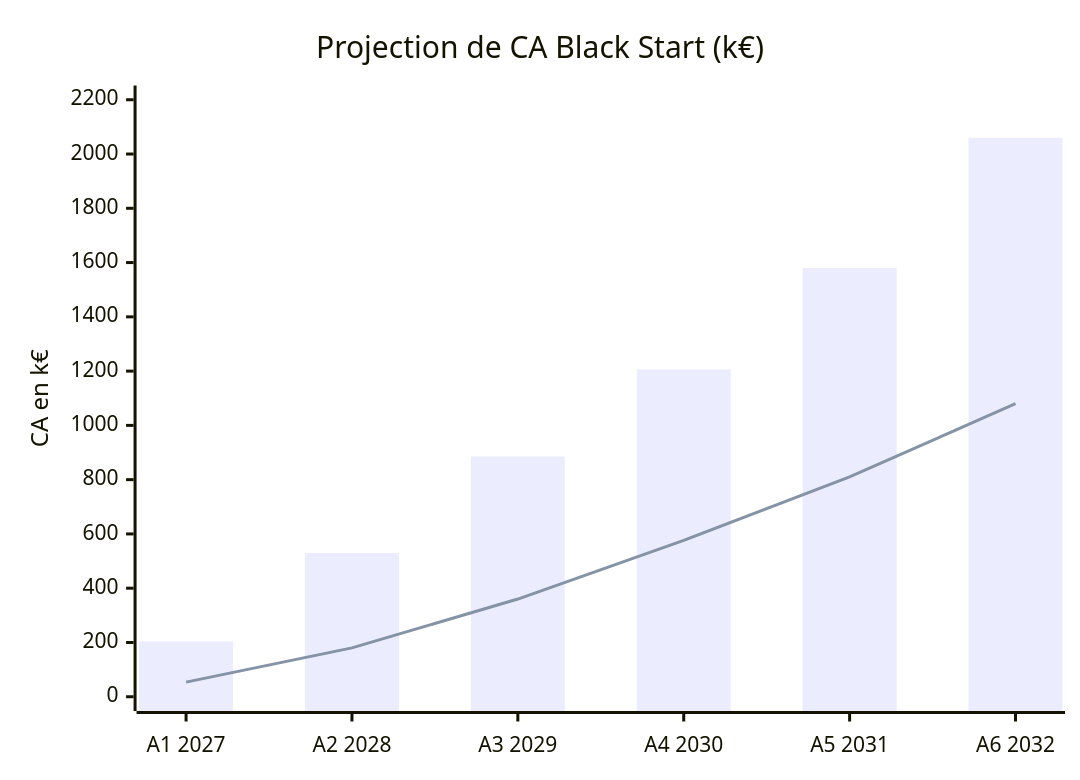
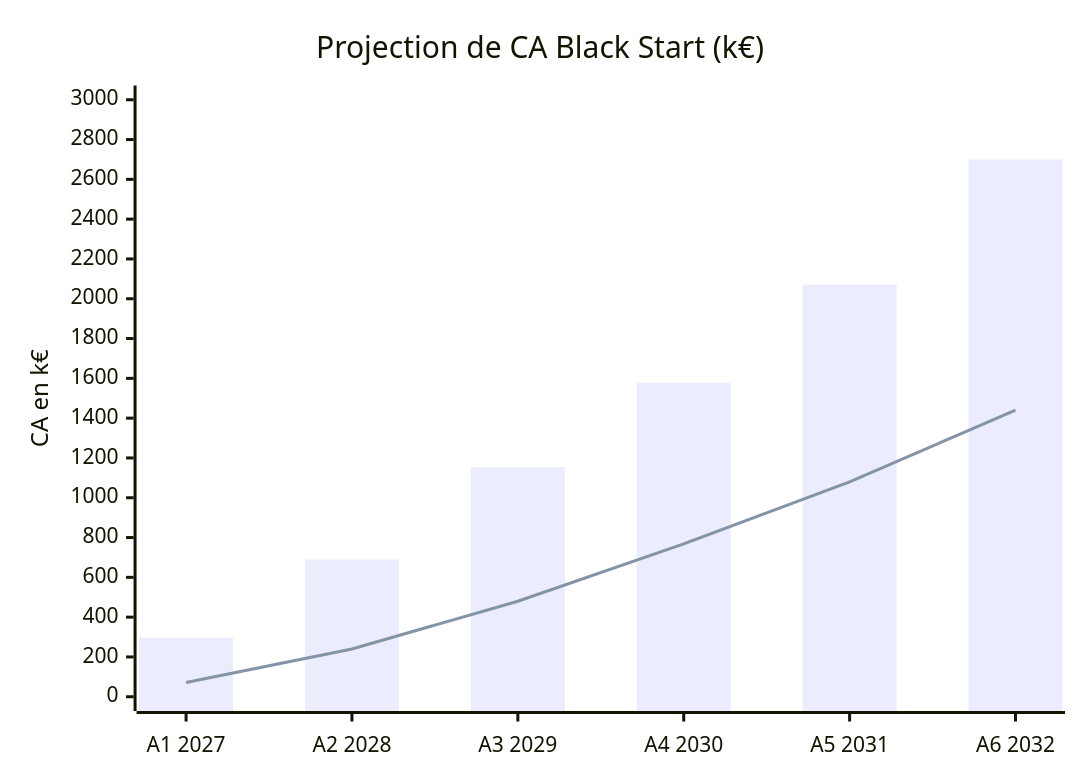
Before and after one commit to Theo-Darvoux/blackstart: the third of 4 diagrams in analyse-marche-blackstart.md, drawn with Mermaid. The commit also changed other lines of this file and 22 other files, not shown here.

````diff
--- a/analyse-marche-blackstart.md
+++ b/analyse-marche-blackstart.md
@@ -218,8 +215,8 @@
 ```mermaid
 xychart-beta
     title "Projection de CA Black Start (k€)"
     x-axis ["A1 2027", "A2 2028", "A3 2029", "A4 2030", "A5 2031", "A6 2032"]
-    y-axis "CA en k€" 0 --> 2200
-    bar [204, 530, 885, 1206, 1580, 2060]
-    line [54, 180, 360, 576, 810, 1080]
+    y-axis "CA en k€" 0 --> 3000
+    bar [297, 690, 1155, 1578, 2070, 2700]
+    line [72, 240, 480, 768, 1080, 1440]
 ```
````
